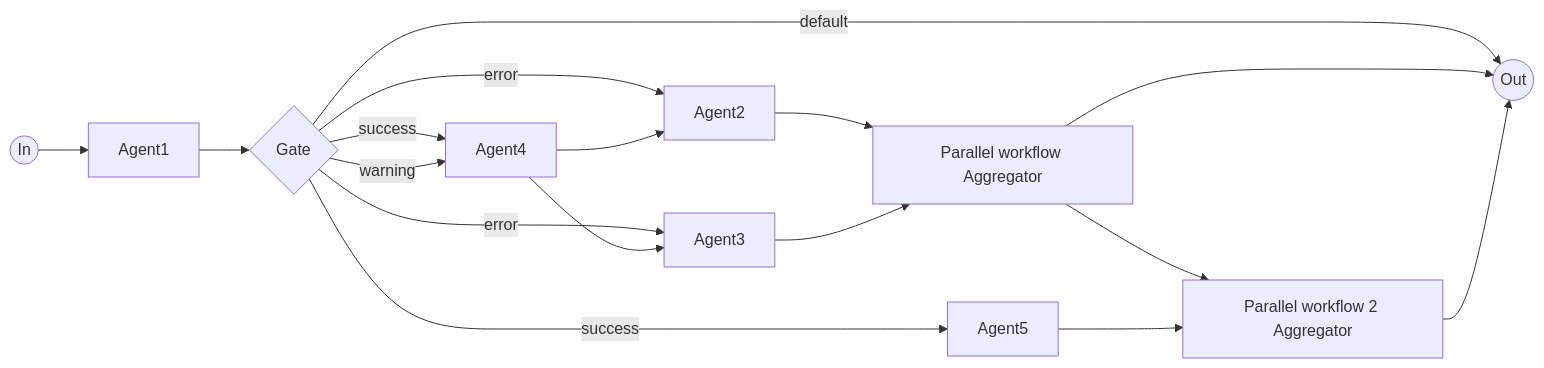
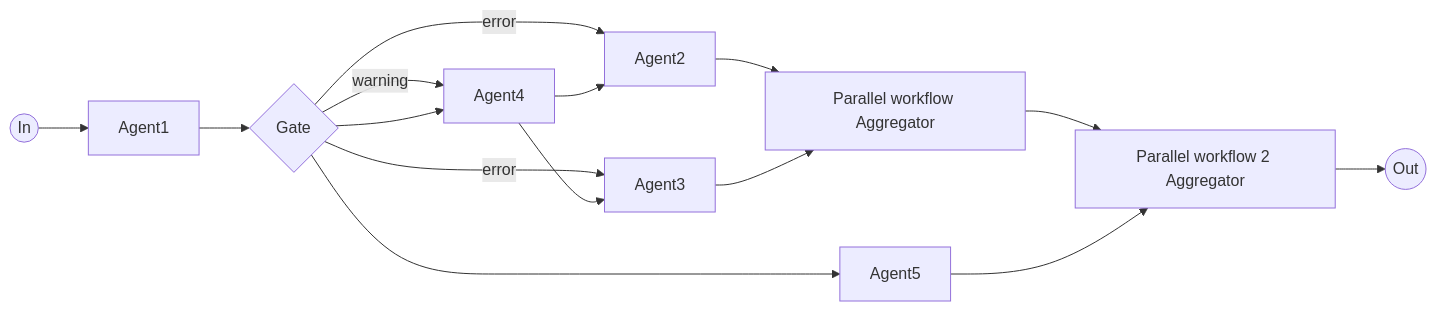
Before and after one commit to rootstrap/mars: the diagram in examples/complex_workflow/diagram.md, drawn with Mermaid. The commit also changed 11 other files, not shown here.

````diff
--- a/examples/complex_workflow/diagram.md
+++ b/examples/complex_workflow/diagram.md
@@ -1,29 +1,27 @@
 ```mermaid
 flowchart LR
 in((In))
 out((Out))
 agent1[Agent1]
 gate{Gate}
-parallel_workflow_2_aggregator[Parallel workflow 2 Aggregator]
 agent4[Agent4]
 parallel_workflow_aggregator[Parallel workflow Aggregator]
 agent2[Agent2]
 agent3[Agent3]
+parallel_workflow_2_aggregator[Parallel workflow 2 Aggregator]
 agent5[Agent5]
 in --> agent1
 agent1 --> gate
-gate -->|success| agent4
-gate -->|success| agent5
 gate -->|warning| agent4
 gate -->|error| agent2
 gate -->|error| agent3
-gate -->|default| out
+gate --> agent4
+gate --> agent5
 agent4 --> agent2
 agent4 --> agent3
 agent2 --> parallel_workflow_aggregator
 parallel_workflow_aggregator --> parallel_workflow_2_aggregator
-parallel_workflow_aggregator --> out
 agent3 --> parallel_workflow_aggregator
 parallel_workflow_2_aggregator --> out
 agent5 --> parallel_workflow_2_aggregator
 ```
````
